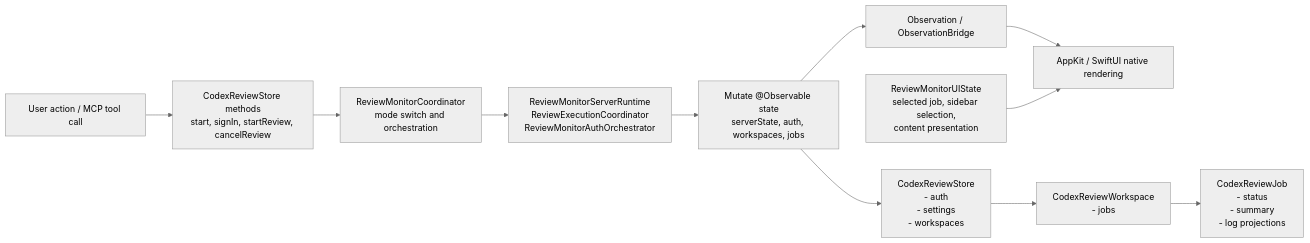
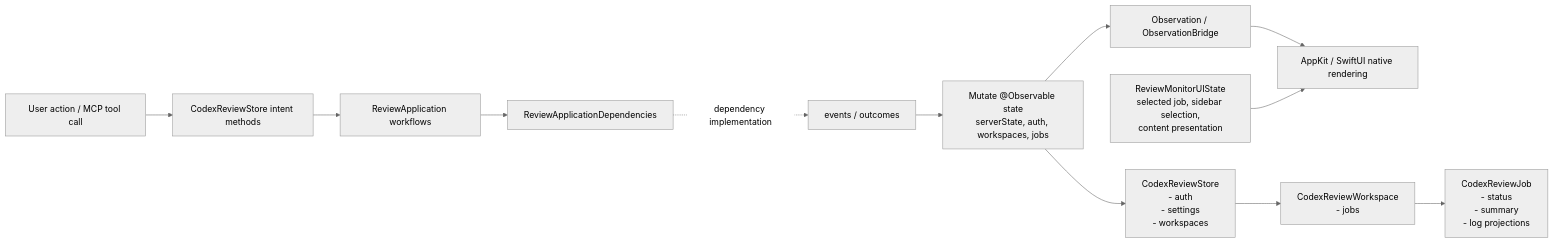
The seventh of 8 diagrams in Docs/architecture-overview.md (lynnswap/CodexReviewMCP), drawn with Mermaid (neutral theme) before and after one commit. The commit also changed other lines of this file, not shown here.

Commit message:
docs(architecture): align diagrams with dependency bundle

````diff
--- a/Docs/architecture-overview.md
+++ b/Docs/architecture-overview.md
@@ -181,14 +267,15 @@
 ```mermaid
 flowchart LR
-    Intent["User action / MCP tool call"] --> StoreAPI["CodexReviewStore methods<br/>start, signIn, startReview, cancelReview"]
-    StoreAPI --> Coordinator["ReviewMonitorCoordinator<br/>mode switch and orchestration"]
-    Coordinator --> Work["ReviewMonitorServerRuntime<br/>ReviewExecutionCoordinator<br/>ReviewMonitorAuthOrchestrator"]
-    Work --> Mutation["Mutate @Observable state<br/>serverState, auth, workspaces, jobs"]
+    Intent["User action / MCP tool call"] --> StoreAPI["CodexReviewStore intent methods"]
+    StoreAPI --> Workflows["ReviewApplication workflows"]
+    Workflows --> Dependencies["ReviewApplicationDependencies"]
+    Dependencies -.->|dependency implementation| Outcome["events / outcomes"]
+    Outcome --> Mutation["Mutate @Observable state<br/>serverState, auth, workspaces, jobs"]
     Mutation --> Observation["Observation / ObservationBridge"]
     Observation --> NativeUI["AppKit / SwiftUI native rendering"]
 
     UIState["ReviewMonitorUIState<br/>selected job, sidebar selection,<br/>content presentation"] --> NativeUI
     Mutation --> StoreTree["CodexReviewStore<br/>- auth<br/>- settings<br/>- workspaces"]
     StoreTree --> WorkspaceTree["CodexReviewWorkspace<br/>- jobs"]
     WorkspaceTree --> JobTree["CodexReviewJob<br/>- status<br/>- summary<br/>- log projections"]
 ```
````
